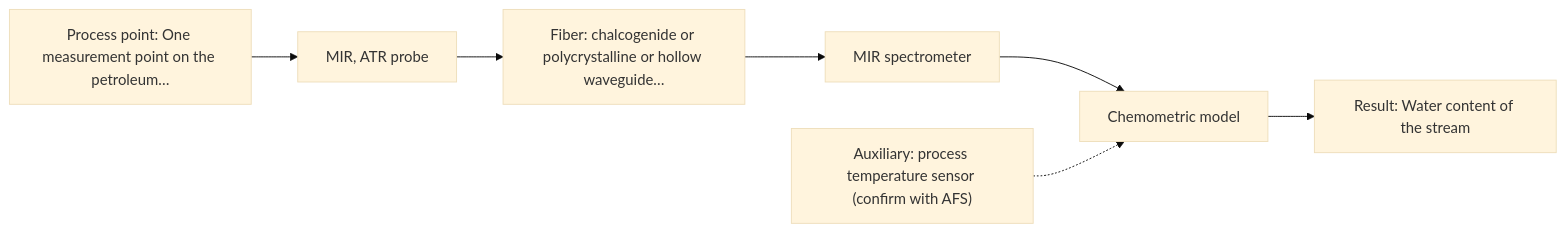
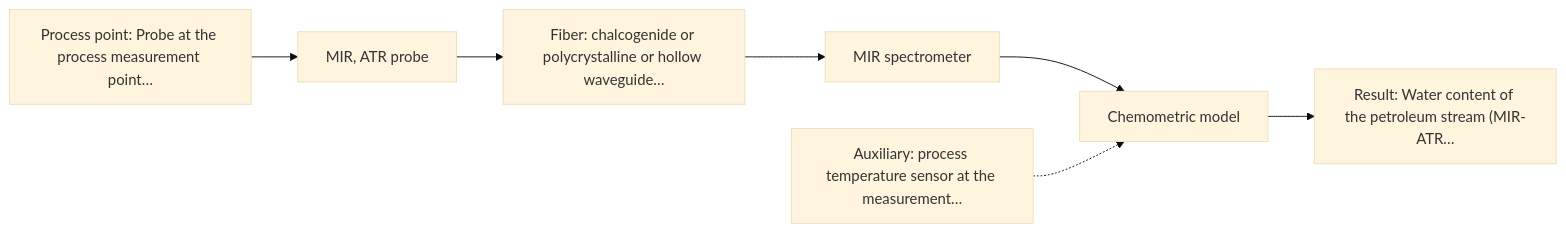
Before and after one commit to sleipnir029/Afs-Spectroscopy-Assistant: the diagram in outputs/dev/D06.md, drawn with Mermaid (base theme). The commit also changed other lines of this file and 15 other files, not shown here.

Commit message:
3.R4 dev outputs: 8/8 pass, 0 hard failures, 236/236 citations, 14/14 charts, 8/8 cost classes

````diff
--- a/outputs/dev/D06.md
+++ b/outputs/dev/D06.md
@@ -35,16 +35,16 @@
 ```mermaid
 flowchart LR
-    proc["Process point: One measurement point on the petroleum…"]
+    proc["Process point: Probe at the process measurement point…"]
     probe1["MIR, ATR probe"]
     fiber1["Fiber: chalcogenide or polycrystalline or hollow waveguide…"]
     spec1["MIR spectrometer"]
     model["Chemometric model"]
-    result["Result: Water content of the stream"]
-    aux1["Auxiliary: process temperature sensor (confirm with AFS)"]
+    result["Result: Water content of the petroleum stream (MIR-ATR…"]
+    aux1["Auxiliary: process temperature sensor at the measurement…"]
     proc --> probe1
     probe1 --> fiber1
     fiber1 --> spec1
     spec1 --> model
     model --> result
     aux1 -.-> model
 ```
````
